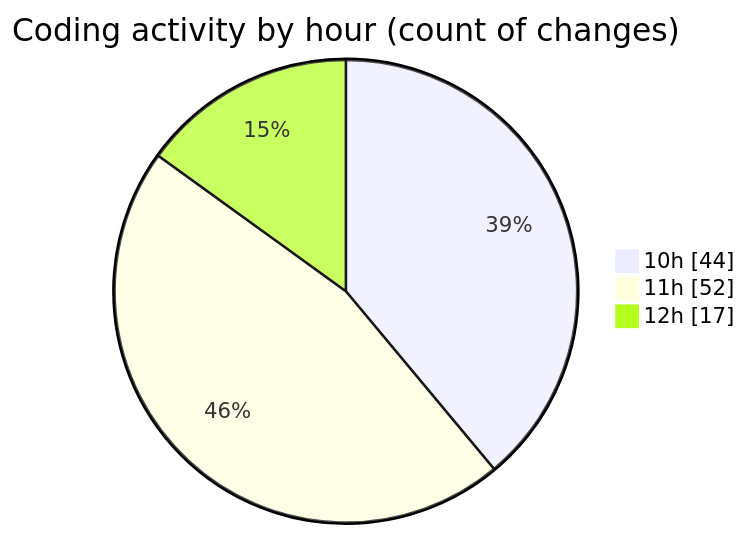
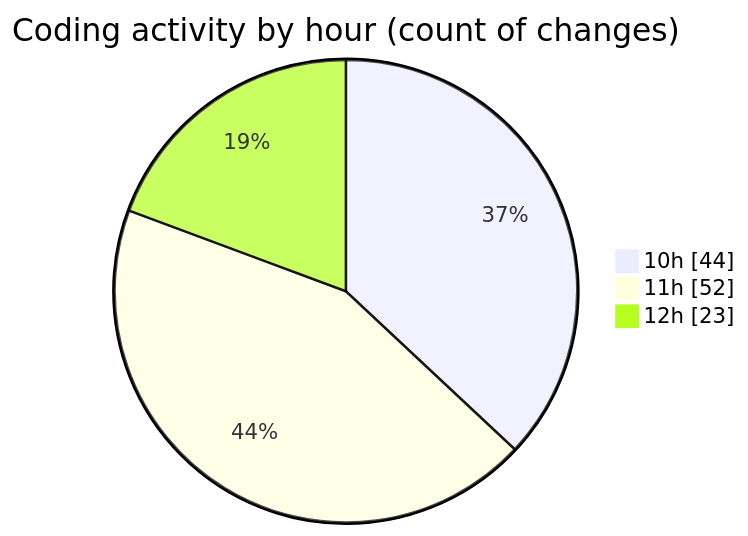
One commit to momahboobian/code-tracking changed the second of 2 diagrams in 2025-08-28/cda/README.md. Above: the diagram before and after it, drawn with Mermaid. The commit also changed other lines of this file and 1 other file, not shown here.

````diff
--- a/2025-08-28/cda/README.md
+++ b/2025-08-28/cda/README.md
@@ -34,7 +34,7 @@
 ```mermaid
 pie showData
 title Coding activity by hour (count of changes)
 "10h" : 44
 "11h" : 52
-"12h" : 17
+"12h" : 23
 ```
````
